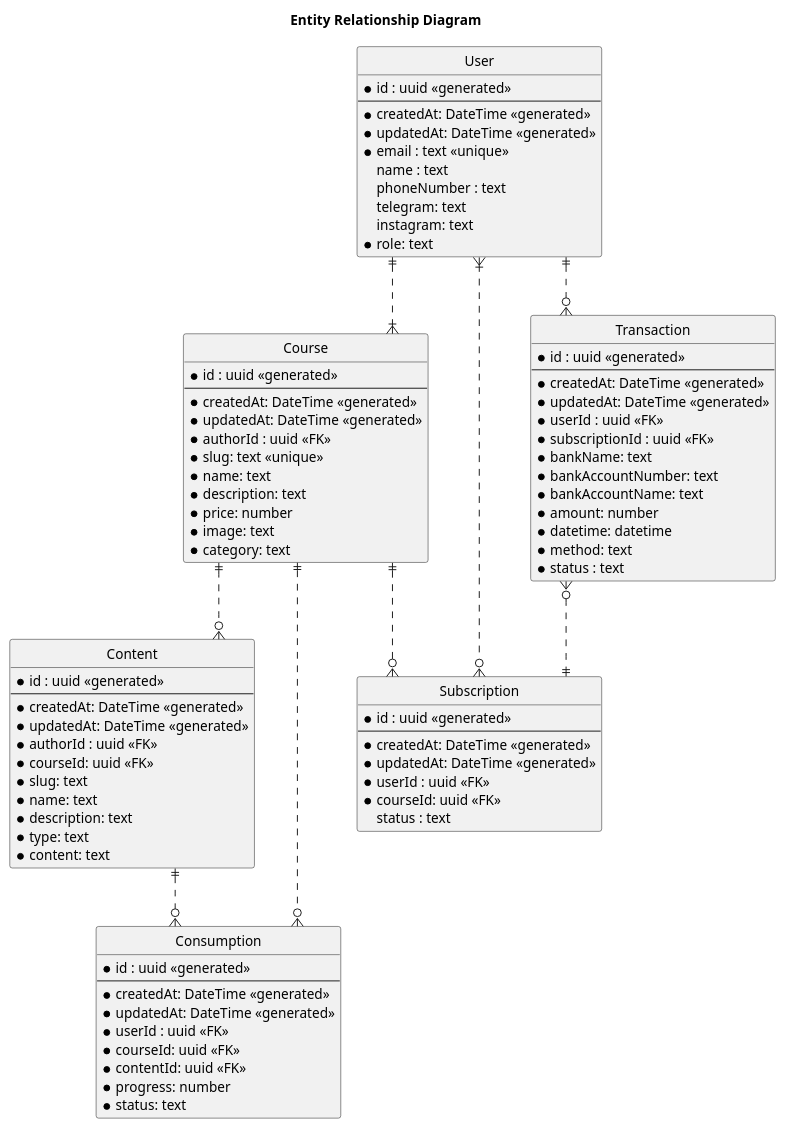
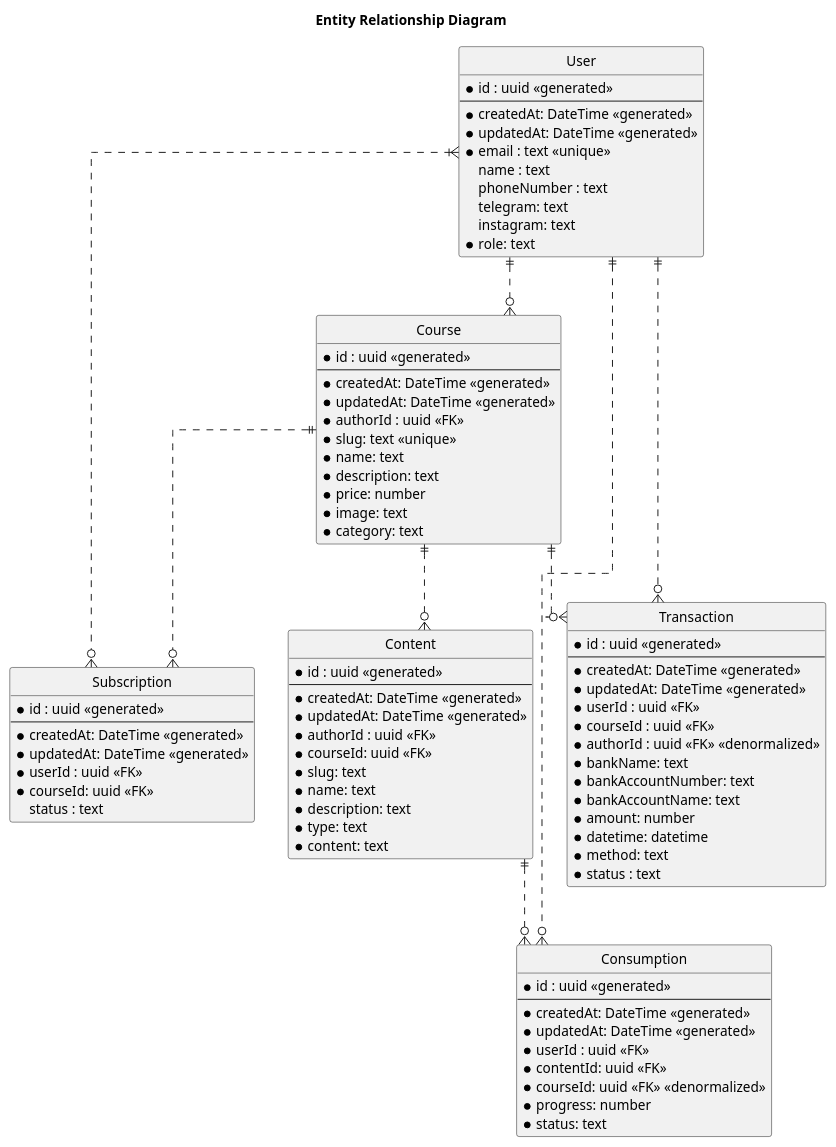
The diagram in docs/diagrams/erd.puml (zainfathoni/kelas.rumahberbagi.com), drawn with PlantUML before and after one commit.

Commit message:
docs: update Transaction relationship
to decrease the indirection

```diff
--- a/docs/diagrams/erd.puml
+++ b/docs/diagrams/erd.puml
@@ -1,97 +1,98 @@
 @startuml "Entity Relationship Diagram"
 title Entity Relationship Diagram
 
 ' hide the spot
 hide circle
 
 ' avoid problems with angled crows feet
 skinparam linetype ortho
 
 entity "User" as user {
   *id : uuid <<generated>>
   --
   *createdAt: DateTime <<generated>>
   *updatedAt: DateTime <<generated>>
   *email : text <<unique>>
   name : text
   phoneNumber : text
   telegram: text
   instagram: text
   *role: text
 }
 
 entity "Course" as course {
   *id : uuid <<generated>>
   --
   *createdAt: DateTime <<generated>>
   *updatedAt: DateTime <<generated>>
   *authorId : uuid <<FK>>
   *slug: text <<unique>>
   *name: text
   *description: text
   *price: number
   *image: text
   *category: text
 }
 
 entity "Content" as content {
   *id : uuid <<generated>>
   --
   *createdAt: DateTime <<generated>>
   *updatedAt: DateTime <<generated>>
   *authorId : uuid <<FK>>
   *courseId: uuid <<FK>>
   *slug: text
   *name: text
   *description: text
   *type: text
   *content: text
 }
 
 entity "Consumption" as consumption {
   *id : uuid <<generated>>
   --
   *createdAt: DateTime <<generated>>
   *updatedAt: DateTime <<generated>>
   *userId : uuid <<FK>>
-  *courseId: uuid <<FK>>
   *contentId: uuid <<FK>>
+  *courseId: uuid <<FK>> <<denormalized>>
   *progress: number
   *status: text
 }
 
 entity "Subscription" as subscription {
   *id : uuid <<generated>>
   --
   *createdAt: DateTime <<generated>>
   *updatedAt: DateTime <<generated>>
   *userId : uuid <<FK>>
   *courseId: uuid <<FK>>
   status : text
 }
 
 entity "Transaction" as transaction {
   *id : uuid <<generated>>
   --
   *createdAt: DateTime <<generated>>
   *updatedAt: DateTime <<generated>>
   *userId : uuid <<FK>>
-  *subscriptionId : uuid <<FK>>
+  *courseId : uuid <<FK>>
+  *authorId : uuid <<FK>> <<denormalized>>
   *bankName: text
   *bankAccountNumber: text
   *bankAccountName: text
   *amount: number
   *datetime: datetime
   *method: text
   *status : text
 }
 
-user ||..|{ course
+user ||..o{ course
+user ||..o{ transaction
 user }|.-o{ subscription
+user ||..o{ consumption
+course ||..o{ transaction
 course ||..o{ subscription
 course ||..o{ content
 content ||..o{ consumption
-course ||..o{ consumption
-transaction }o..||subscription
-user ||..o{ transaction
 @enduml
```
